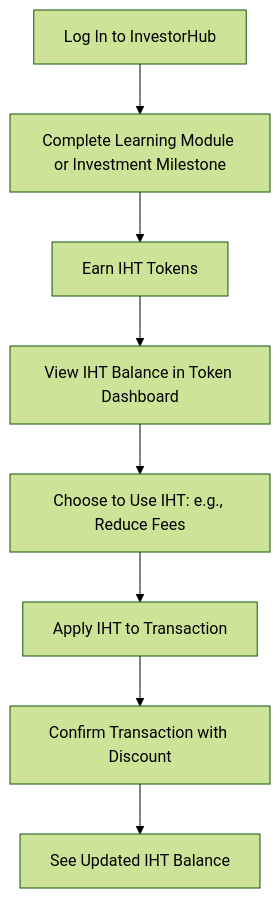
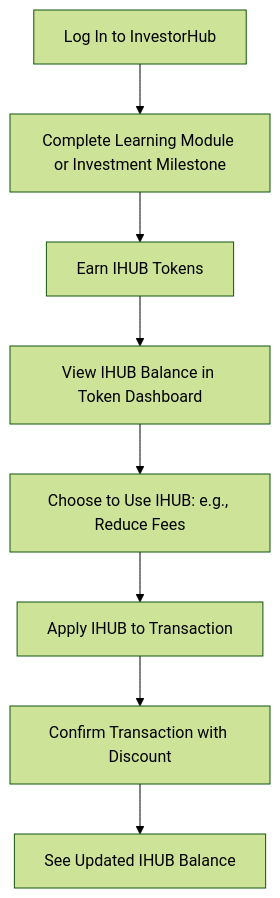
One commit to aquental/chainlink-hackathon changed the fifth of 5 diagrams in README.md. Above: the diagram before and after it, drawn with Mermaid (forest theme). The commit also changed other lines of this file, not shown here.

````diff
--- a/README.md
+++ b/README.md
@@ -176,10 +182,10 @@
 ```mermaid
 flowchart TD
     A[Log In to InvestorHub] --> B[Complete Learning Module or Investment Milestone]
-    B --> C[Earn IHT Tokens]
-    C --> D[View IHT Balance in Token Dashboard]
-    D --> E[Choose to Use IHT: e.g., Reduce Fees]
-    E --> F[Apply IHT to Transaction]
+    B --> C[Earn IHUB Tokens]
+    C --> D[View IHUB Balance in Token Dashboard]
+    D --> E[Choose to Use IHUB: e.g., Reduce Fees]
+    E --> F[Apply IHUB to Transaction]
     F --> G[Confirm Transaction with Discount]
-    G --> H[See Updated IHT Balance]
+    G --> H[See Updated IHUB Balance]
 ```
````
